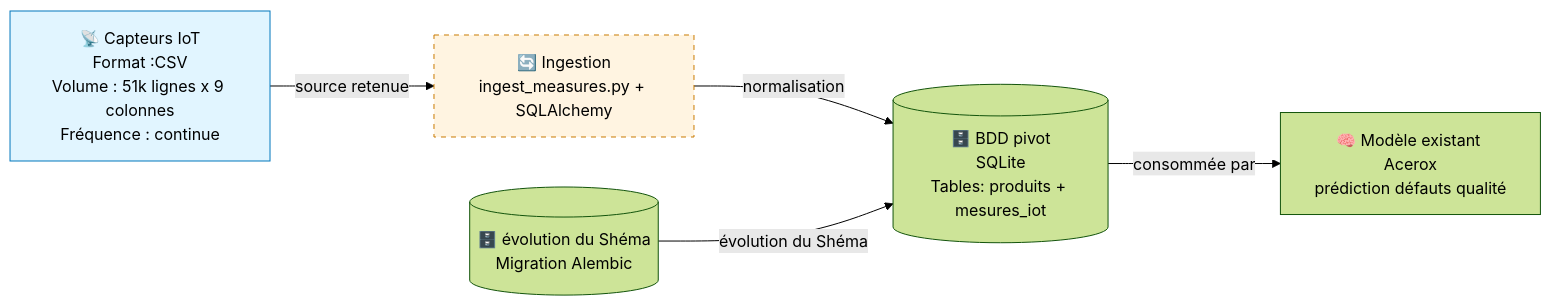
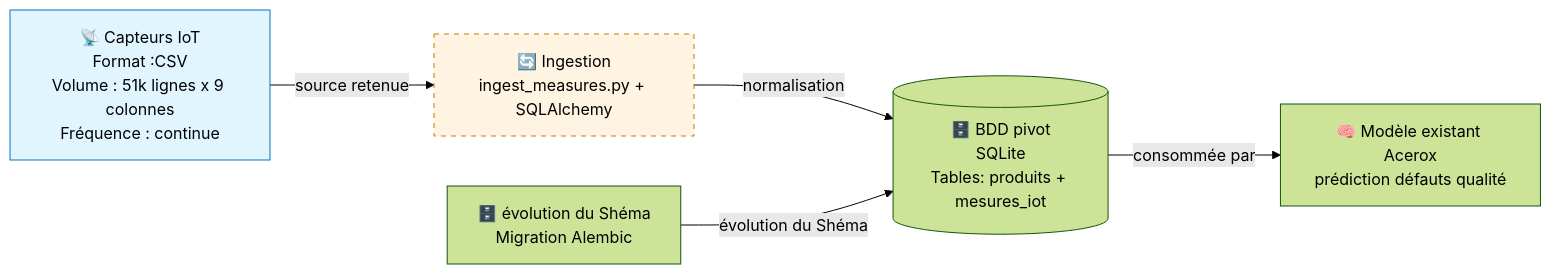
The diagram in readme.md (joellegermanos-prog/test), drawn with Mermaid (forest theme) before and after one commit.

Commit message:
Fix formatting issue in readme.md

````diff
--- a/readme.md
+++ b/readme.md
@@ -55,22 +55,22 @@
 ```mermaid
 flowchart LR
     %% TODO — Compléter avec tes 3 sources retenues + 1 bonus si traité
 
     SRC1[📡 Capteurs IoT<br/>Format :CSV<br/>Volume : 51k lignes x 9 colonnes<br/>Fréquence : continue]
 
 
     INGEST[🔄 Ingestion<br/>ingest_measures.py + SQLAlchemy]
-    SHEMA[(🗄️ évolution du Shéma<br/>Migration Alembic)]
+    SHEMA[🗄️ évolution du Shéma<br/>Migration Alembic]
     BDD[(🗄️ BDD pivot<br/>SQLite<br/>Tables: produits + mesures_iot)]
     MODEL[🧠 Modèle existant Acerox<br/>prédiction défauts qualité]
 
     SRC1 --> |source retenue|INGEST
     INGEST -->|normalisation | BDD
     SHEMA -->|évolution du Shéma| BDD
     BDD -->|consommée par| MODEL
 
     classDef source fill:#e1f5ff,stroke:#0277bd
     classDef tofix fill:#fff4e1,stroke:#c97a00,stroke-dasharray: 5 5
     class SRC1,SRC2,SRC3 source
     class INGEST tofix
 ```
````
